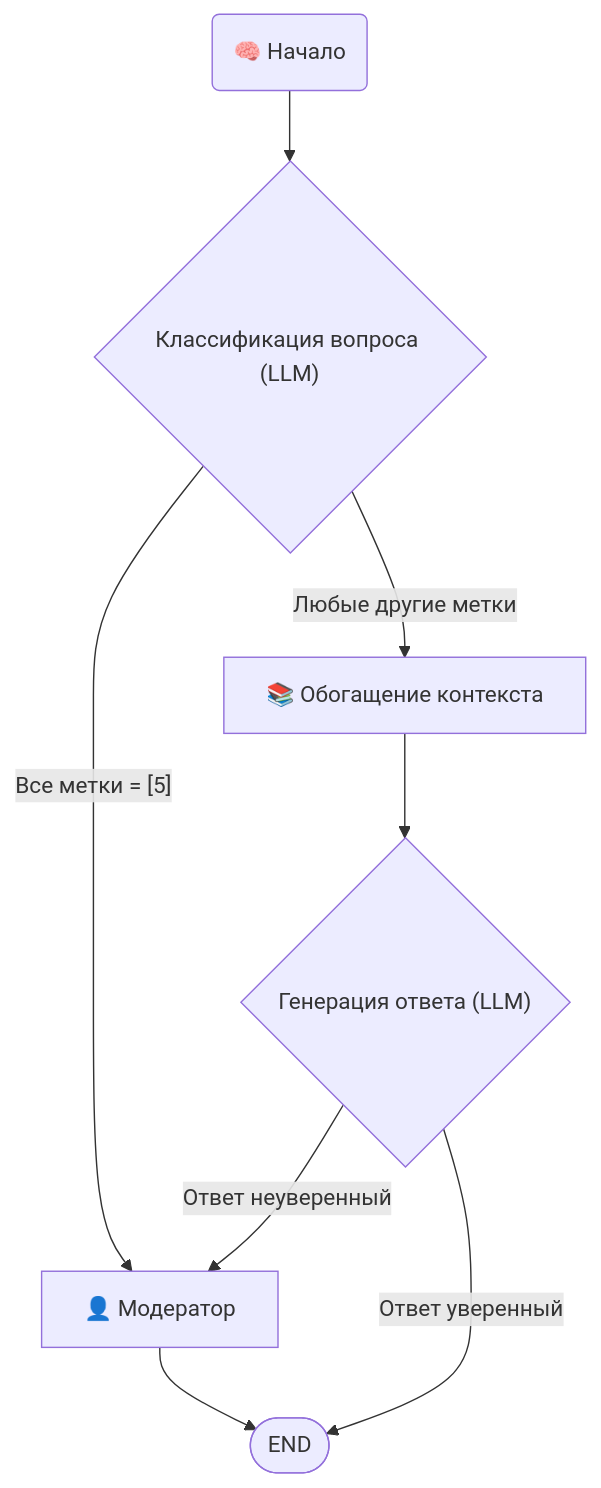
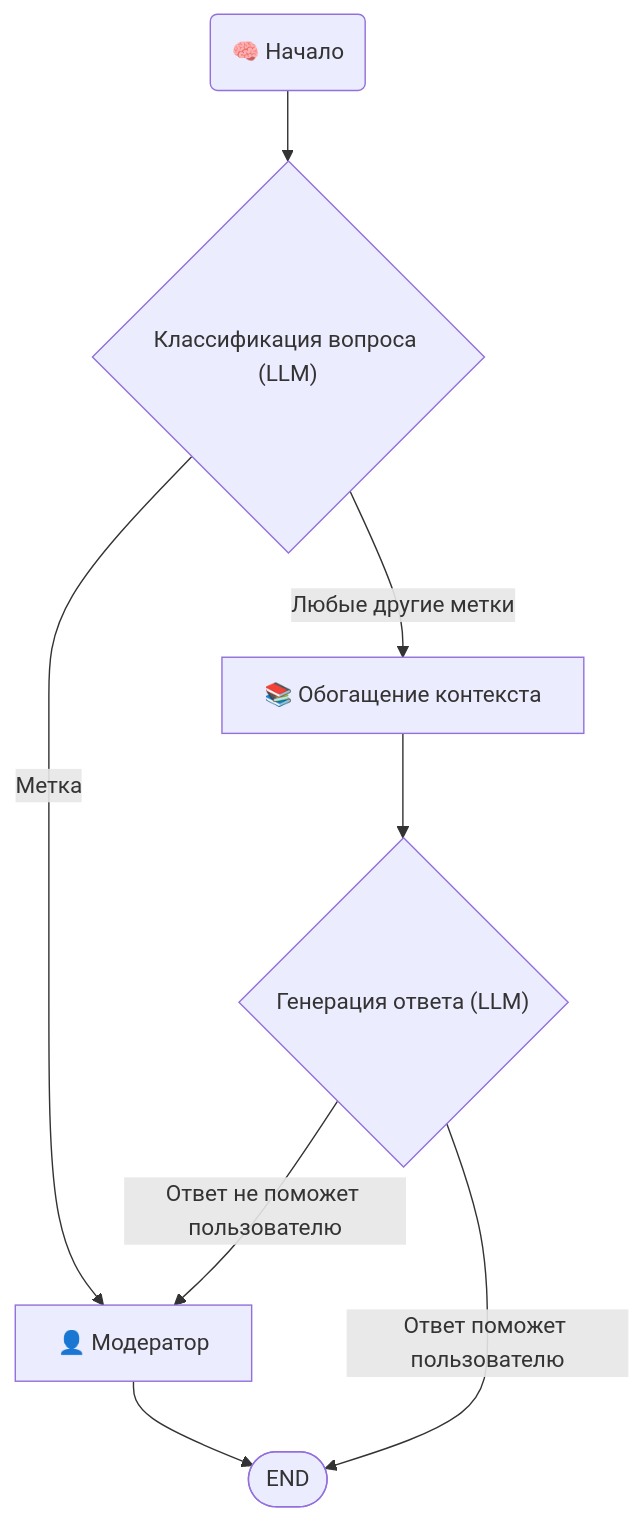
The diagram in README.md (Egor698/LLMBasedRouter), drawn with Mermaid before and after one commit. The commit also changed other lines of this file, not shown here.

````diff
--- a/README.md
+++ b/README.md
@@ -5,14 +5,14 @@
 ```mermaid
 graph TD
     START("🧠 Начало") --> A{"Классификация вопроса (LLM)"}
     
-    A -->|"Все метки = [5]"| B["👤 Модератор"]
+    A -->|"Метка"| B["👤 Модератор"]
     B --> END(["END"])
     
     A -->|"Любые другие метки"| C["📚 Обогащение контекста"]
     C --> D{"Генерация ответа (LLM)"}
     
-    D -->|"Ответ уверенный"| END
+    D -->|"Ответ поможет пользователю"| END
     
-    D -->|"Ответ неуверенный"| B
+    D -->|"Ответ не поможет пользователю"| B
 ```
````
